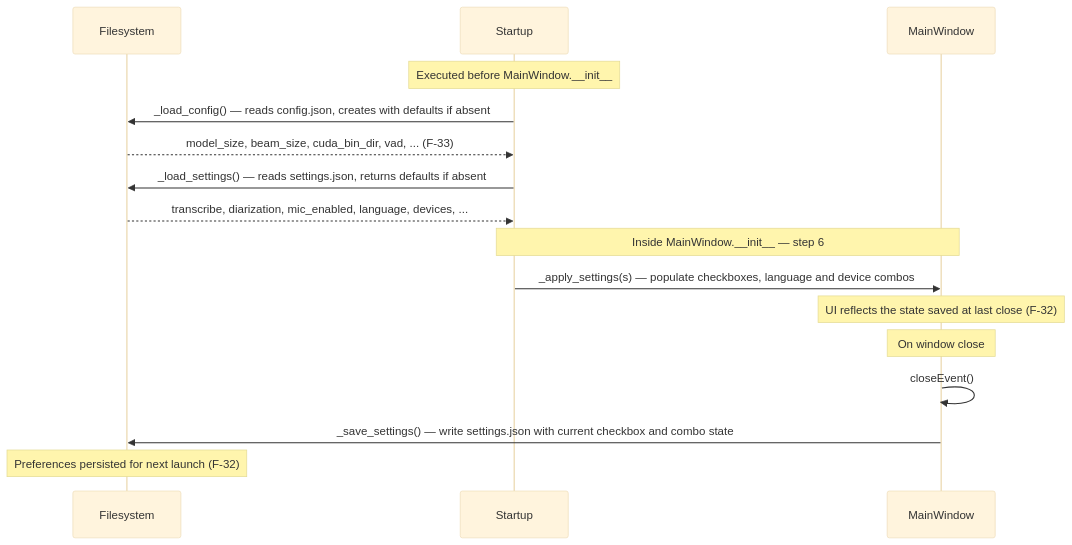
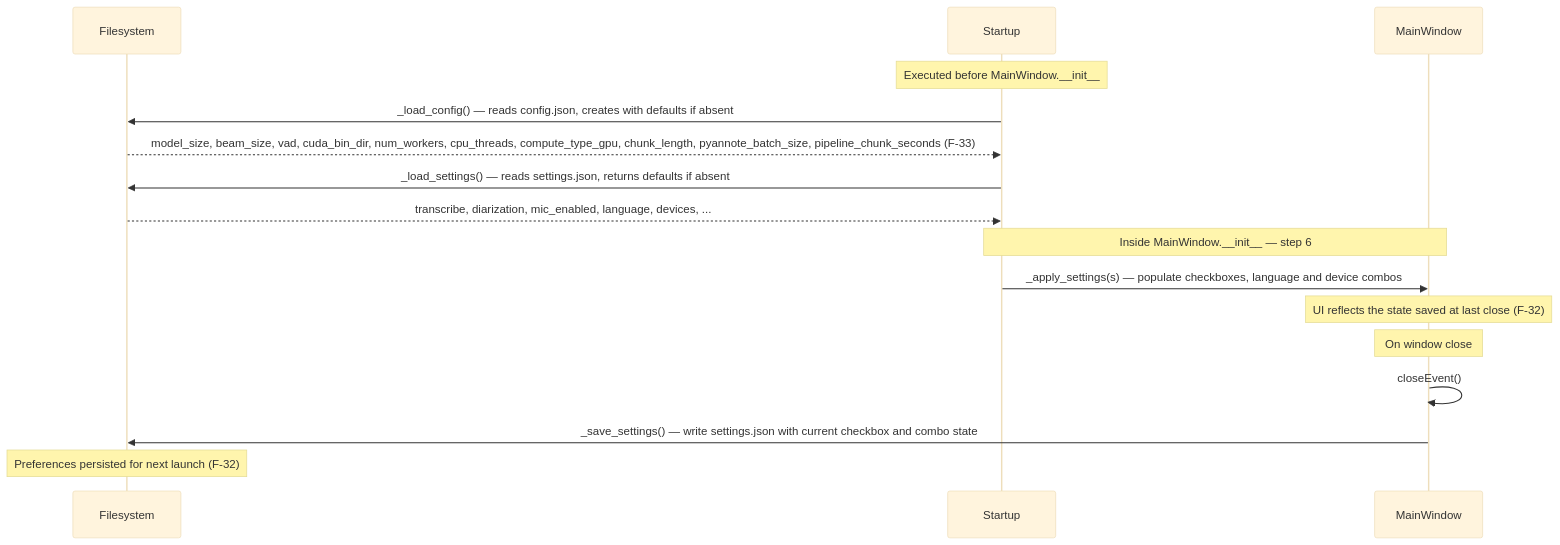
Before and after one commit to edoardomazzella/meeting-transcriber: the eighth of 10 diagrams in docs/ARCHITECTURE.md, drawn with Mermaid (base theme). The commit also changed other lines of this file and 5 other files, not shown here.

````diff
--- a/docs/ARCHITECTURE.md
+++ b/docs/ARCHITECTURE.md
@@ -373,21 +375,21 @@
 ```mermaid
 sequenceDiagram
     participant FS as Filesystem
     participant App as Startup
     participant GUI as MainWindow
 
     Note over App: Executed before MainWindow.__init__
     App->>FS: _load_config() — reads config.json, creates with defaults if absent
-    FS-->>App: model_size, beam_size, cuda_bin_dir, vad, ... (F-33)
+    FS-->>App: model_size, beam_size, vad, cuda_bin_dir, num_workers, cpu_threads, compute_type_gpu, chunk_length, pyannote_batch_size, pipeline_chunk_seconds (F-33)
     App->>FS: _load_settings() — reads settings.json, returns defaults if absent
     FS-->>App: transcribe, diarization, mic_enabled, language, devices, ...
 
     Note over App,GUI: Inside MainWindow.__init__ — step 6
     App->>GUI: _apply_settings(s) — populate checkboxes, language and device combos
     Note over GUI: UI reflects the state saved at last close (F-32)
 
     Note over GUI: On window close
     GUI->>GUI: closeEvent()
     GUI->>FS: _save_settings() — write settings.json with current checkbox and combo state
     Note over FS: Preferences persisted for next launch (F-32)
 ```
````
